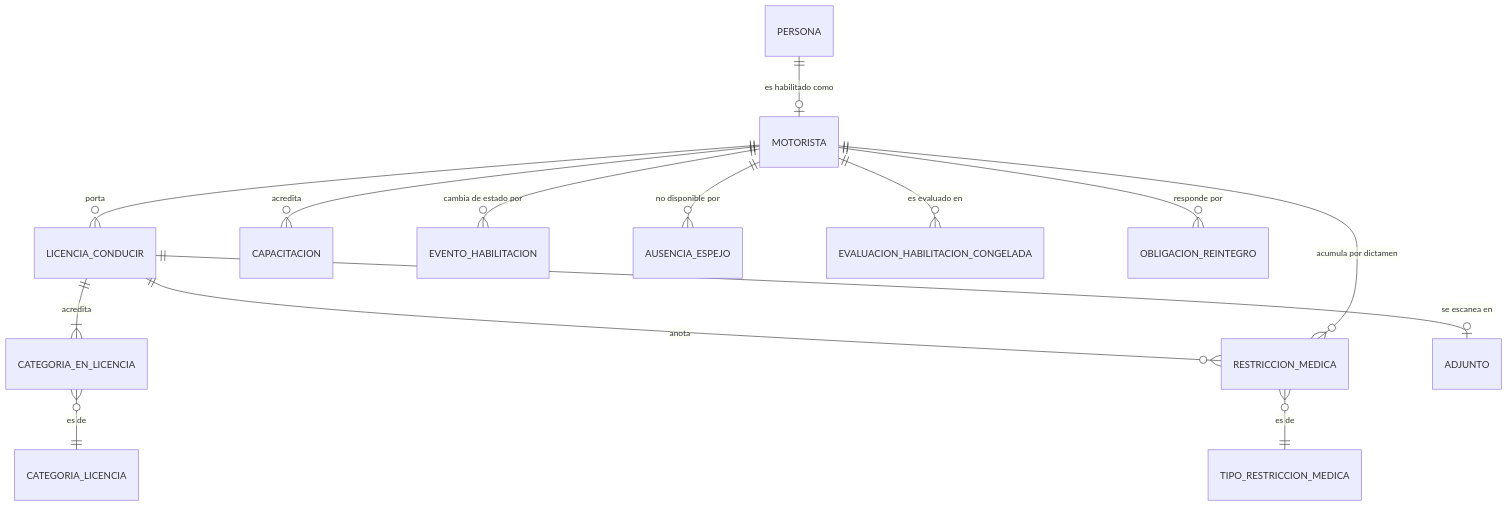
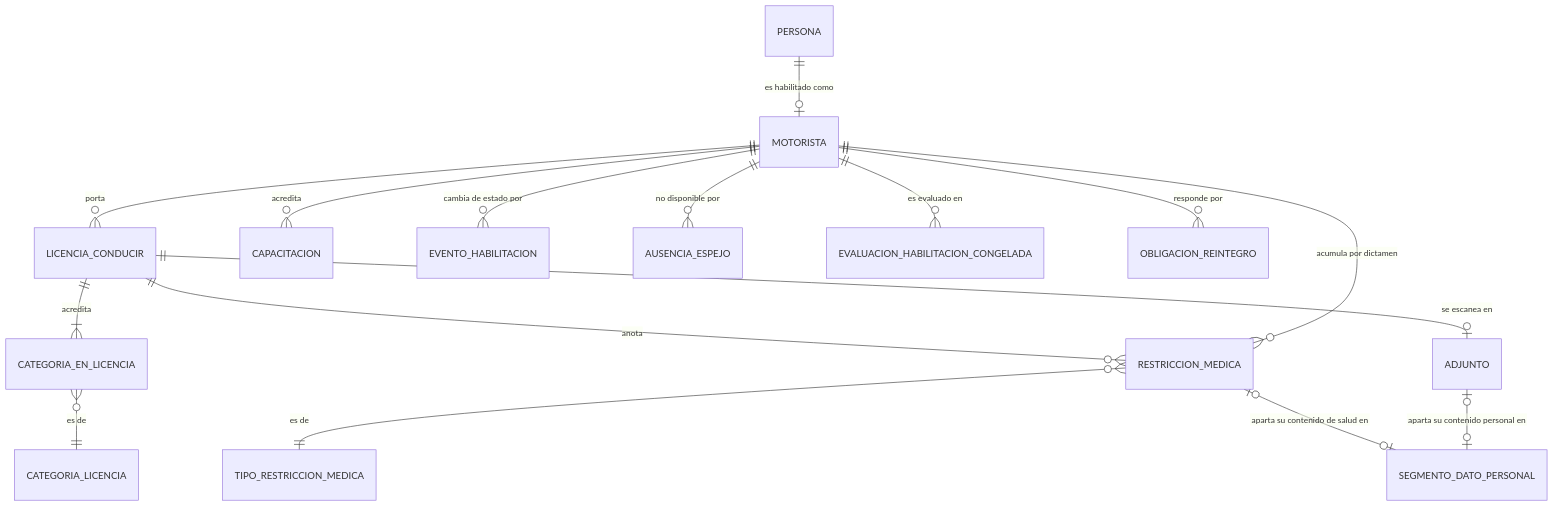
The fourth of 9 diagrams in docs/03-arquitectura/modelo-datos/README.md (LuisDavidToruno/INM_TRANSPORTE), drawn with Mermaid before and after one commit. The commit also changed other lines of this file and 125 other files, not shown here.

````diff
--- a/docs/03-arquitectura/modelo-datos/README.md
+++ b/docs/03-arquitectura/modelo-datos/README.md
@@ -286,16 +363,19 @@
 ```mermaid
 erDiagram
     PERSONA ||--o| MOTORISTA : "es habilitado como"
     MOTORISTA ||--o{ LICENCIA_CONDUCIR : "porta"
     LICENCIA_CONDUCIR ||--|{ CATEGORIA_EN_LICENCIA : "acredita"
     CATEGORIA_EN_LICENCIA }o--|| CATEGORIA_LICENCIA : "es de"
     LICENCIA_CONDUCIR ||--o{ RESTRICCION_MEDICA : "anota"
     RESTRICCION_MEDICA }o--|| TIPO_RESTRICCION_MEDICA : "es de"
     MOTORISTA ||--o{ RESTRICCION_MEDICA : "acumula por dictamen"
     MOTORISTA ||--o{ CAPACITACION : "acredita"
     MOTORISTA ||--o{ EVENTO_HABILITACION : "cambia de estado por"
     MOTORISTA ||--o{ AUSENCIA_ESPEJO : "no disponible por"
     MOTORISTA ||--o{ EVALUACION_HABILITACION_CONGELADA : "es evaluado en"
     LICENCIA_CONDUCIR ||--o| ADJUNTO : "se escanea en"
     MOTORISTA ||--o{ OBLIGACION_REINTEGRO : "responde por"
+
+    RESTRICCION_MEDICA |o--o| SEGMENTO_DATO_PERSONAL : "aparta su contenido de salud en"
+    ADJUNTO |o--o| SEGMENTO_DATO_PERSONAL : "aparta su contenido personal en"
 ```
````
